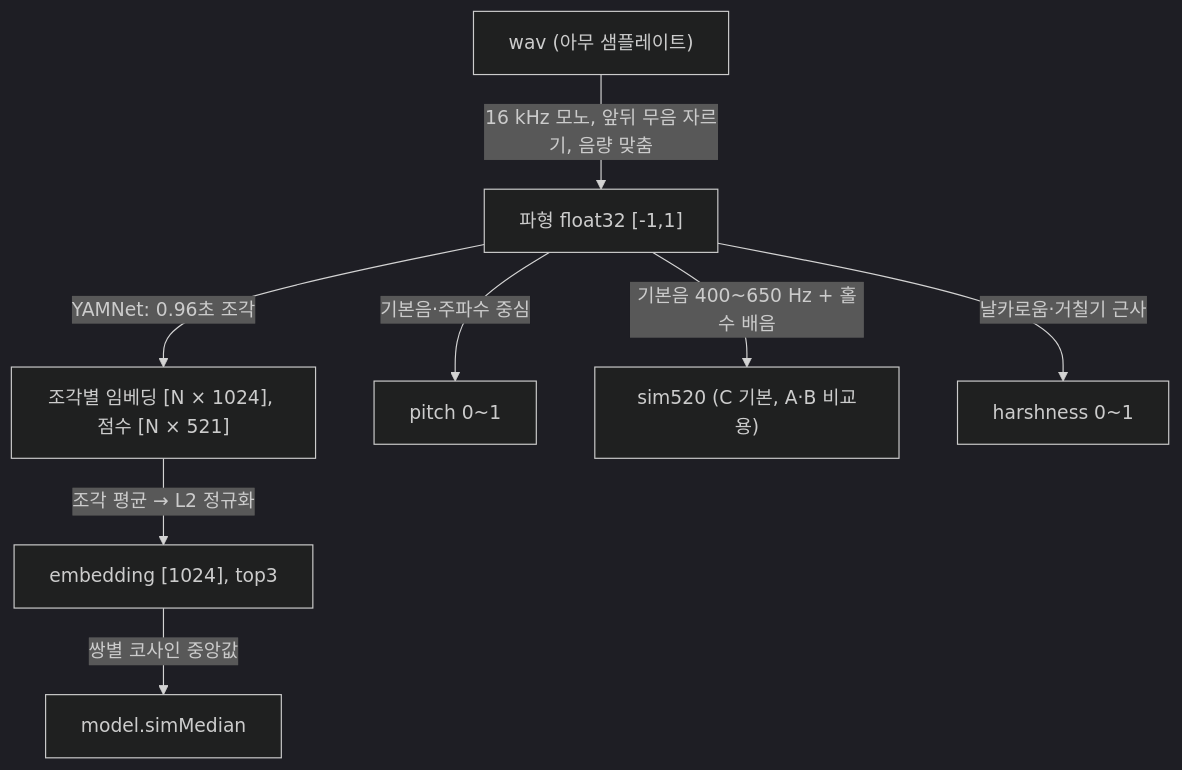
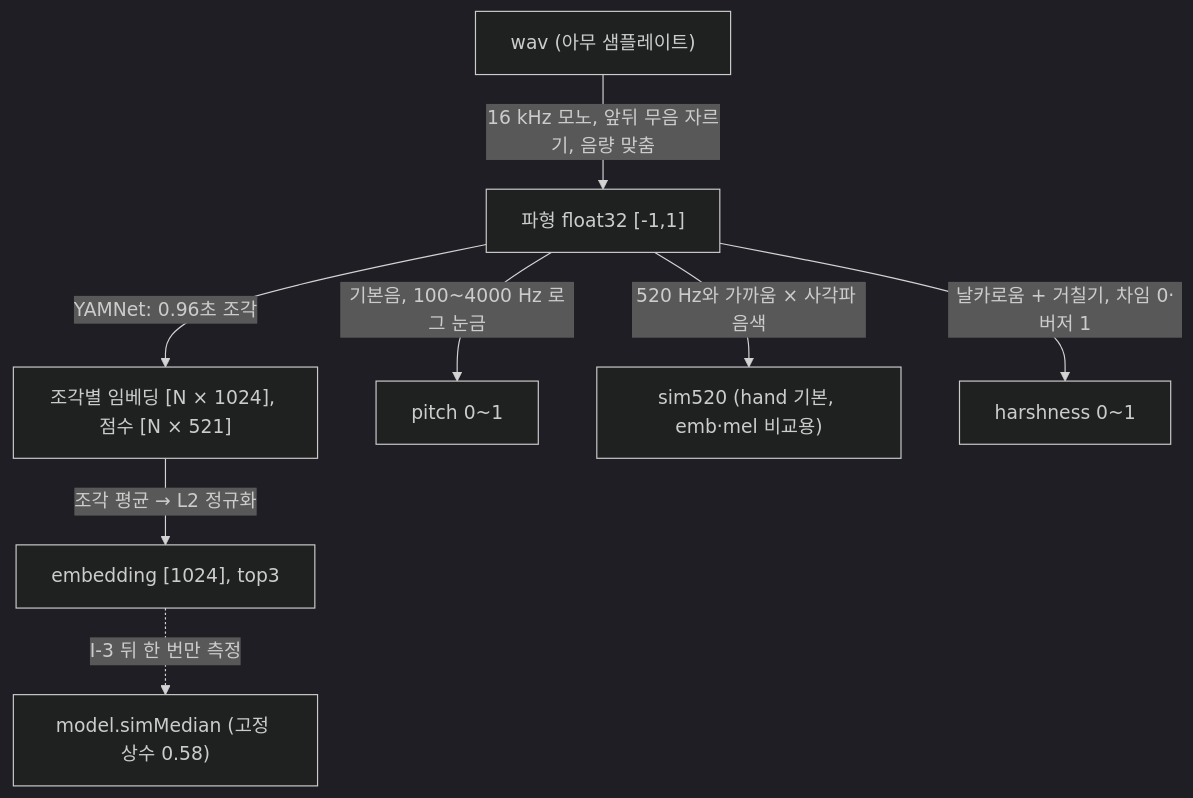
The second of 3 diagrams in docs/context/design.md (lyw012012-cpu/appa-anjanda), drawn with Mermaid (dark theme) before and after one commit. The commit also changed other lines of this file and 1 other file, not shown here.

````diff
--- a/docs/context/design.md
+++ b/docs/context/design.md
@@ -171,10 +171,10 @@
 ```mermaid
 flowchart TD
   A["wav (아무 샘플레이트)"] -->|16 kHz 모노, 앞뒤 무음 자르기, 음량 맞춤| B["파형 float32 [-1,1]"]
   B -->|YAMNet: 0.96초 조각| E["조각별 임베딩 [N × 1024], 점수 [N × 521]"]
   E -->|조각 평균 → L2 정규화| F["embedding [1024], top3"]
-  F -->|쌍별 코사인 중앙값| M["model.simMedian"]
-  B -->|기본음·주파수 중심| PI["pitch 0~1"]
-  B -->|기본음 400~650 Hz + 홀수 배음| S["sim520 (C 기본, A·B 비교용)"]
-  B -->|날카로움·거칠기 근사| H["harshness 0~1"]
+  F -.->|I-3 뒤 한 번만 측정| M["model.simMedian (고정 상수 0.58)"]
+  B -->|기본음, 100~4000 Hz 로그 눈금| PI["pitch 0~1"]
+  B -->|520 Hz와 가까움 × 사각파 음색| S["sim520 (hand 기본, emb·mel 비교용)"]
+  B -->|날카로움 + 거칠기, 차임 0·버저 1| H["harshness 0~1"]
 ```
````
